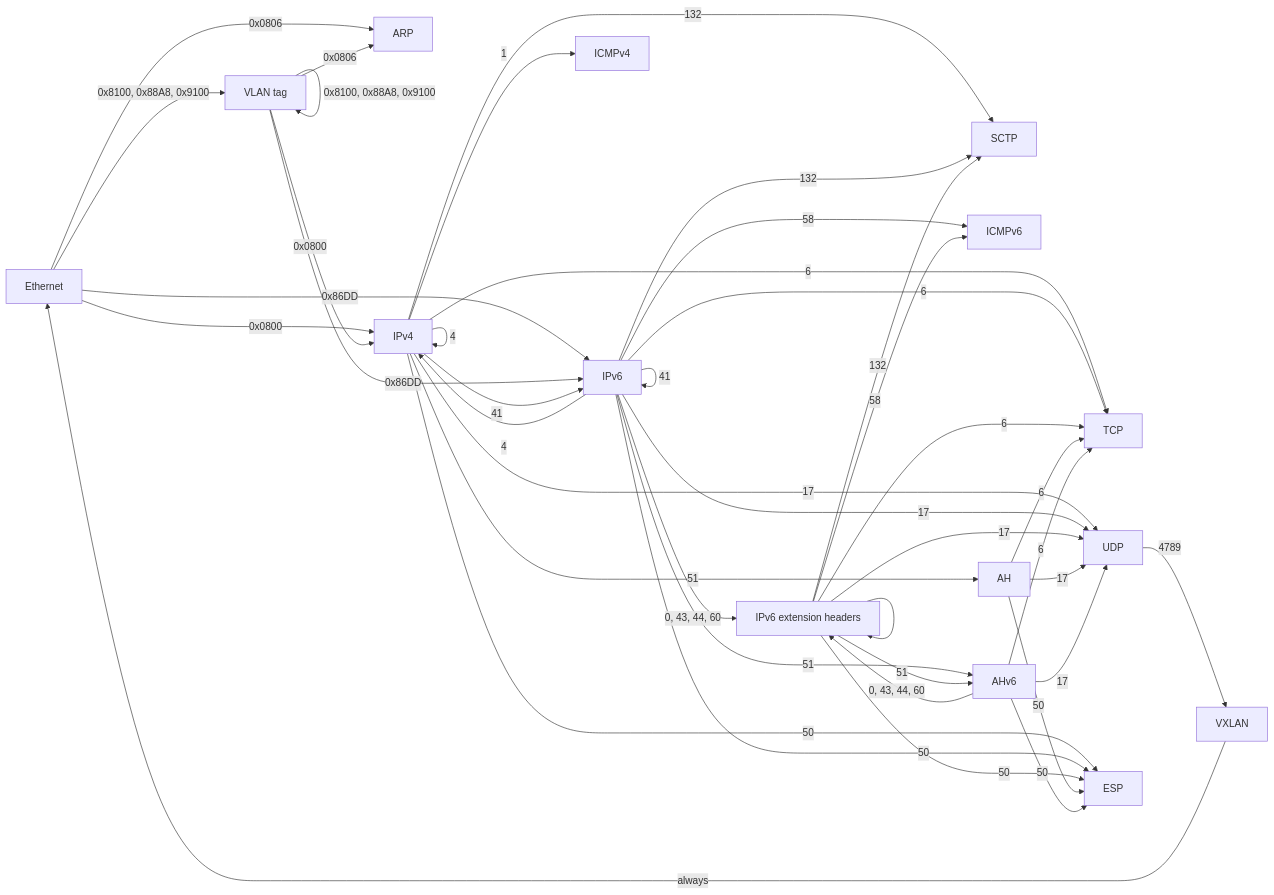
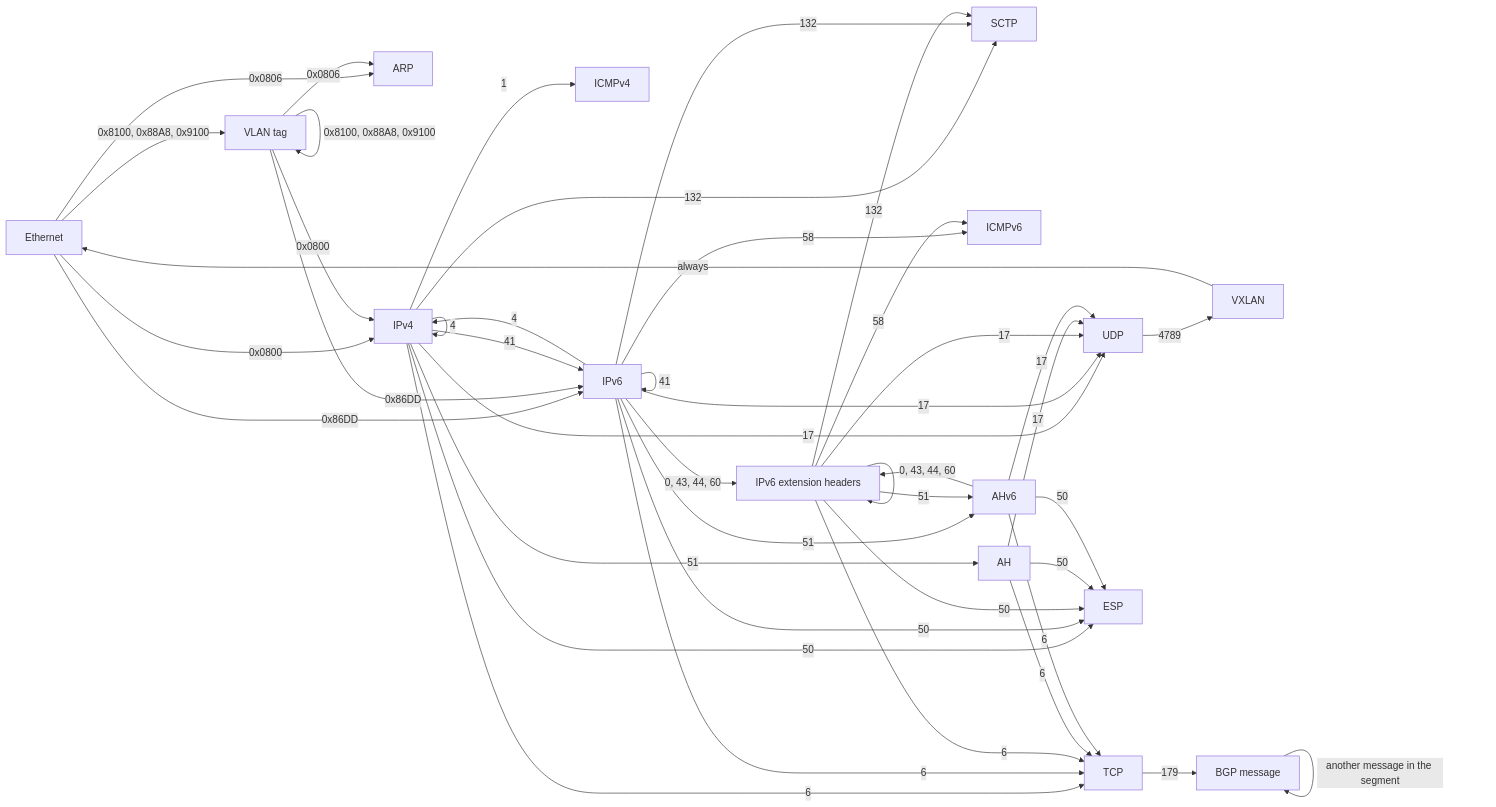
The diagram in ARCHITECTURE.md (EONRaider/NETProtocols), drawn with Mermaid before and after one commit. The commit also changed other lines of this file and 5 other files, not shown here.

First line of the commit message:
docs: document BGP's dispatch, segment walk and fixtures

````diff
--- a/ARCHITECTURE.md
+++ b/ARCHITECTURE.md
@@ -252,44 +252,46 @@
 ```mermaid
 flowchart LR
   E[Ethernet] -->|0x0806| A[ARP]
   E -->|0x0800| I4[IPv4]
   E -->|0x86DD| I6[IPv6]
   E -->|0x8100, 0x88A8, 0x9100| V[VLAN tag]
   V -->|0x8100, 0x88A8, 0x9100| V
   V -->|0x0806| A
   V -->|0x0800| I4
   V -->|0x86DD| I6
   I4 -->|1| IC4[ICMPv4]
   I4 -->|6| T[TCP]
   I4 -->|17| U[UDP]
   I4 -->|132| S[SCTP]
   I6 -->|58| IC6[ICMPv6]
   I6 -->|6| T
   I6 -->|17| U
   I6 -->|132| S
   I4 -->|4| I4
   I4 -->|41| I6
   I6 -->|4| I4
   I6 -->|41| I6
   I4 -->|50| ESP[ESP]
   I6 -->|50| ESP
   I6 -->|0, 43, 44, 60| X[IPv6 extension headers]
   X --> X
   X -->|58| IC6
   X -->|6| T
   X -->|17| U
   X -->|132| S
   X -->|50| ESP
   I4 -->|51| AH[AH]
   AH -->|6| T
   AH -->|17| U
   AH -->|50| ESP
   I6 -->|51| AH6[AHv6]
   X -->|51| AH6
   AH6 -->|0, 43, 44, 60| X
   AH6 -->|6| T
   AH6 -->|17| U
   AH6 -->|50| ESP
   U -->|4789| VX[VXLAN]
   VX -->|always| E
+  T -->|179| BGP[BGP message]
+  BGP -->|another message in the segment| BGP
 ```
````
